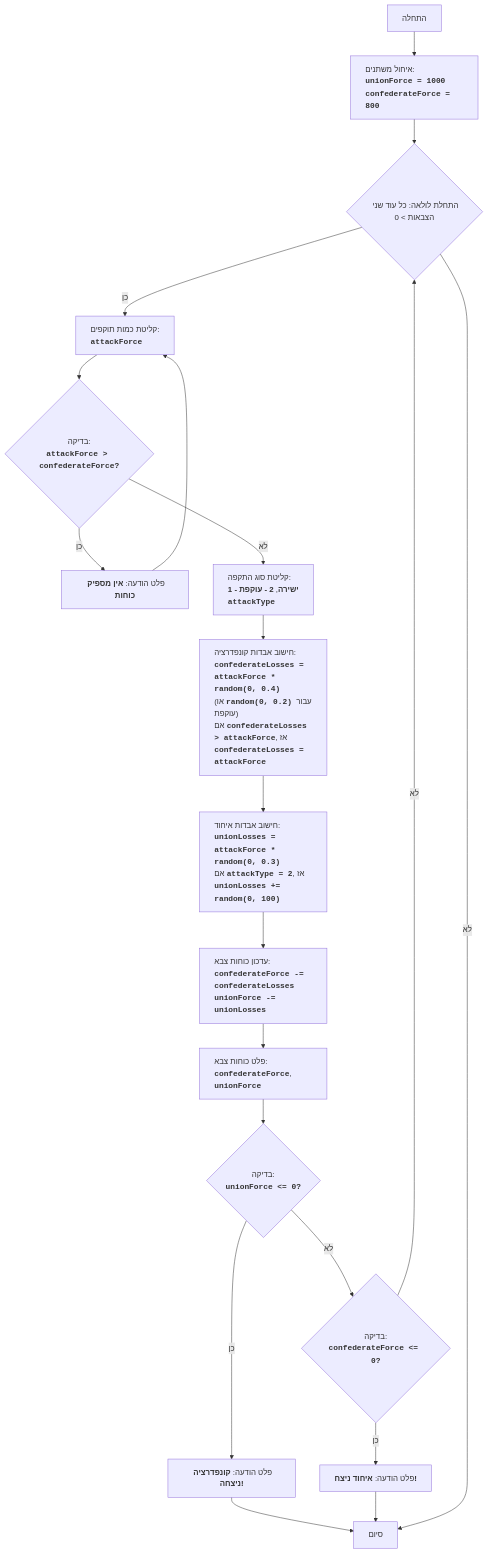
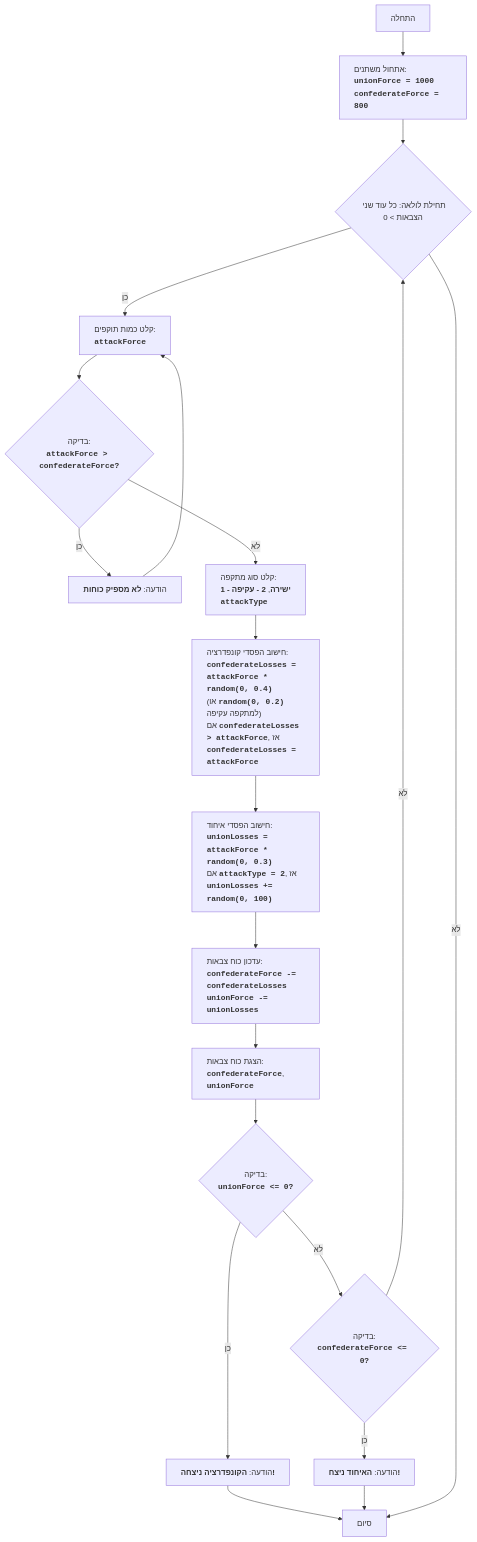
One commit to hypo69/hypo changed the diagram in docs/gemini/he/explainer/src/endpoints/ai_games/101_basic_computer_games/ru/GAMES/CIVILW/README.MD.md. Above: the diagram before and after it, drawn with Mermaid. The commit also changed other lines of this file and 885 other files, not shown here.

````diff
--- a/docs/gemini/he/explainer/src/endpoints/ai_games/101_basic_computer_games/ru/GAMES/CIVILW/README.MD.md
+++ b/docs/gemini/he/explainer/src/endpoints/ai_games/101_basic_computer_games/ru/GAMES/CIVILW/README.MD.md
@@ -42,22 +46,22 @@
 ```mermaid
 flowchart TD
-    Start["התחלה"] --> InitializeForces["<p align='left'>איחול משתנים:<br><code><b>unionForce = 1000</b></code><br><code><b>confederateForce = 800</b></code></p>"]
-    InitializeForces --> LoopStart{"התחלת לולאה: כל עוד שני הצבאות > 0"}
-    LoopStart -- כן --> InputAttackForce["<p align='left'>קליטת כמות תוקפים:<br><code><b>attackForce</b></code></p>"]
+    Start["התחלה"] --> InitializeForces["<p align='left'>אתחול משתנים:<br><code><b>unionForce = 1000</b></code><br><code><b>confederateForce = 800</b></code></p>"]
+    InitializeForces --> LoopStart{"תחילת לולאה: כל עוד שני הצבאות > 0"}
+    LoopStart -- כן --> InputAttackForce["<p align='left'>קלט כמות תוקפים:<br><code><b>attackForce</b></code></p>"]
     InputAttackForce --> CheckForce{"בדיקה:<br><code><b>attackForce > confederateForce?</b></code>"}
-    CheckForce -- כן --> OutputInsufficient["פלט הודעה: <b>אין מספיק כוחות</b>"]
+    CheckForce -- כן --> OutputInsufficient["הודעה: <b>לא מספיק כוחות</b>"]
     OutputInsufficient --> InputAttackForce
-    CheckForce -- לא --> InputAttackType["<p align='left'>קליטת סוג התקפה:<br><b>1 - ישירה</b>, <b>2 - עוקפת</b><br><code><b>attackType</b></code></p>"]
-    InputAttackType --> CalculateConfederateLosses["<p align='left'>חישוב אבדות קונפדרציה:<br><code><b>confederateLosses = attackForce * random(0, 0.4)</b></code><br>(או <code><b>random(0, 0.2)</b></code> עבור עוקפת)<br>אם <code><b>confederateLosses > attackForce</b></code>, אז <code><b>confederateLosses = attackForce</b></code></p>"]
-    CalculateConfederateLosses --> CalculateUnionLosses["<p align='left'>חישוב אבדות איחוד:<br><code><b>unionLosses = attackForce * random(0, 0.3)</b></code><br>אם <code><b>attackType = 2</b></code>, אז <code><b>unionLosses += random(0, 100)</b></code></p>"]
-    CalculateUnionLosses --> UpdateForces["<p align='left'>עדכון כוחות צבא:<br><code><b>confederateForce -= confederateLosses</b></code><br><code><b>unionForce -= unionLosses</b></code></p>"]
-    UpdateForces --> OutputForces["<p align='left'>פלט כוחות צבא:<br><code><b>confederateForce</b></code>, <code><b>unionForce</b></code></p>"]
+    CheckForce -- לא --> InputAttackType["<p align='left'>קלט סוג מתקפה:<br><b>1 - ישירה</b>, <b>2 - עקיפה</b><br><code><b>attackType</b></code></p>"]
+    InputAttackType --> CalculateConfederateLosses["<p align='left'>חישוב הפסדי קונפדרציה:<br><code><b>confederateLosses = attackForce * random(0, 0.4)</b></code><br>(או <code><b>random(0, 0.2)</b></code> למתקפה עקיפה)<br>אם <code><b>confederateLosses > attackForce</b></code>, אז <code><b>confederateLosses = attackForce</b></code></p>"]
+    CalculateConfederateLosses --> CalculateUnionLosses["<p align='left'>חישוב הפסדי איחוד:<br><code><b>unionLosses = attackForce * random(0, 0.3)</b></code><br>אם <code><b>attackType = 2</b></code>, אז <code><b>unionLosses += random(0, 100)</b></code></p>"]
+    CalculateUnionLosses --> UpdateForces["<p align='left'>עדכון כוח צבאות:<br><code><b>confederateForce -= confederateLosses</b></code><br><code><b>unionForce -= unionLosses</b></code></p>"]
+    UpdateForces --> OutputForces["<p align='left'>הצגת כוח צבאות:<br><code><b>confederateForce</b></code>, <code><b>unionForce</b></code></p>"]
     OutputForces --> CheckUnionWin{"בדיקה:<br><code><b>unionForce <= 0?</b></code>"}
-    CheckUnionWin -- כן --> OutputConfederateWin["פלט הודעה: <b>קונפדרציה ניצחה!</b>"]
+    CheckUnionWin -- כן --> OutputConfederateWin["הודעה: <b>הקונפדרציה ניצחה!</b>"]
     OutputConfederateWin --> End["סיום"]
     CheckUnionWin -- לא --> CheckConfederateWin{"בדיקה:<br><code><b>confederateForce <= 0?</b></code>"}
-     CheckConfederateWin -- כן --> OutputUnionWin["פלט הודעה: <b>איחוד ניצח!</b>"]
+    CheckConfederateWin -- כן --> OutputUnionWin["הודעה: <b>האיחוד ניצח!</b>"]
     OutputUnionWin --> End
     CheckConfederateWin -- לא --> LoopStart
     LoopStart -- לא --> End
 ```
````
